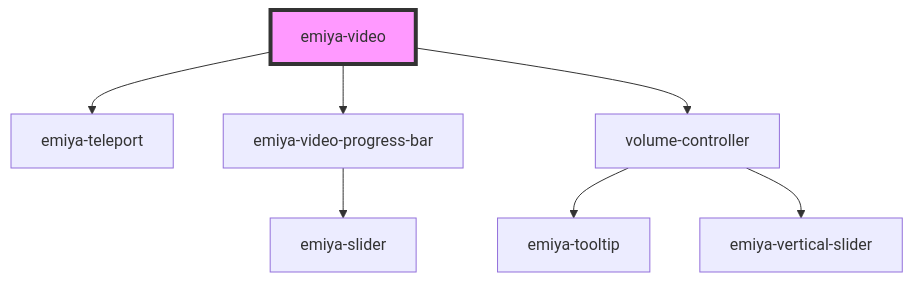
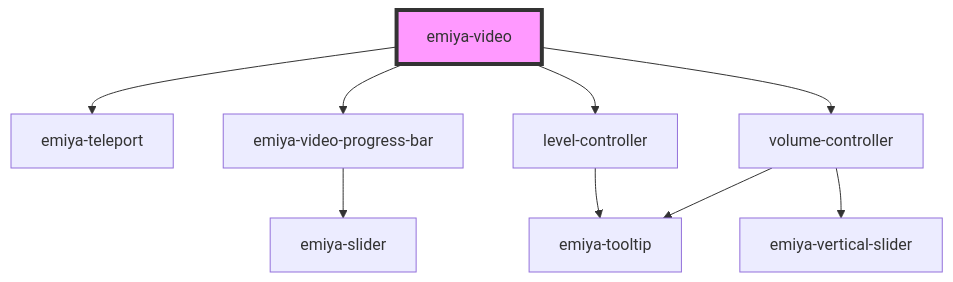
Before and after one commit to emiyalee1005/emiya-video: the diagram in src/components/emiya-video/readme.md, drawn with Mermaid. The commit also changed other lines of this file and 5 other files, not shown here.

````diff
--- a/src/components/emiya-video/readme.md
+++ b/src/components/emiya-video/readme.md
@@ -24,10 +25,12 @@
 ```mermaid
 graph TD;
   emiya-video --> emiya-teleport
   emiya-video --> emiya-video-progress-bar
+  emiya-video --> level-controller
   emiya-video --> volume-controller
   emiya-video-progress-bar --> emiya-slider
+  level-controller --> emiya-tooltip
   volume-controller --> emiya-tooltip
   volume-controller --> emiya-vertical-slider
   style emiya-video fill:#f9f,stroke:#333,stroke-width:4px
 ```
````
